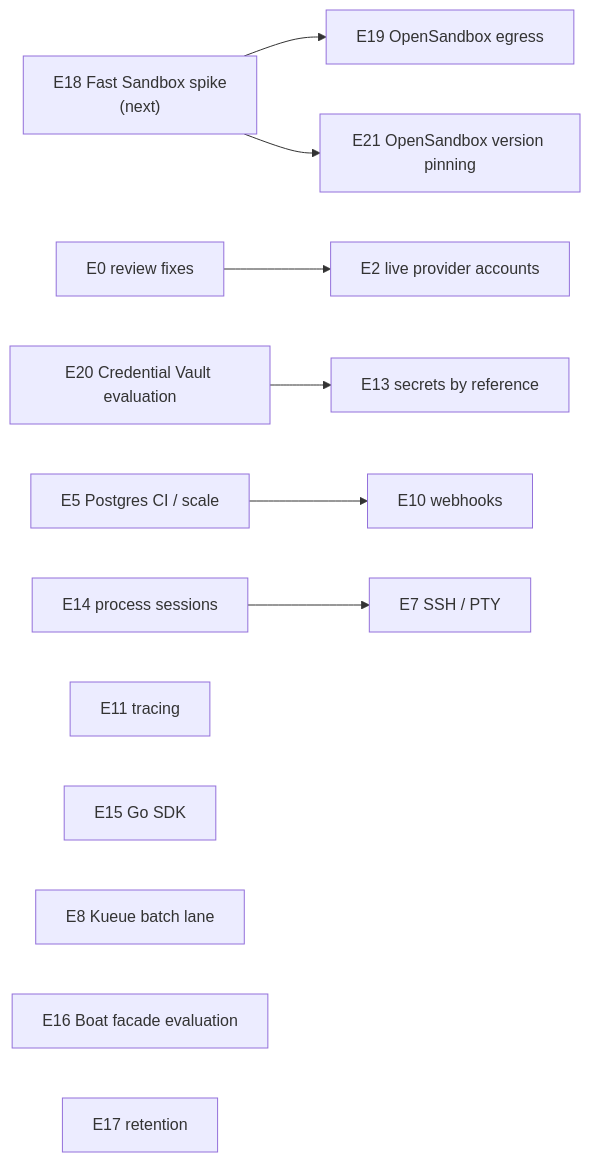
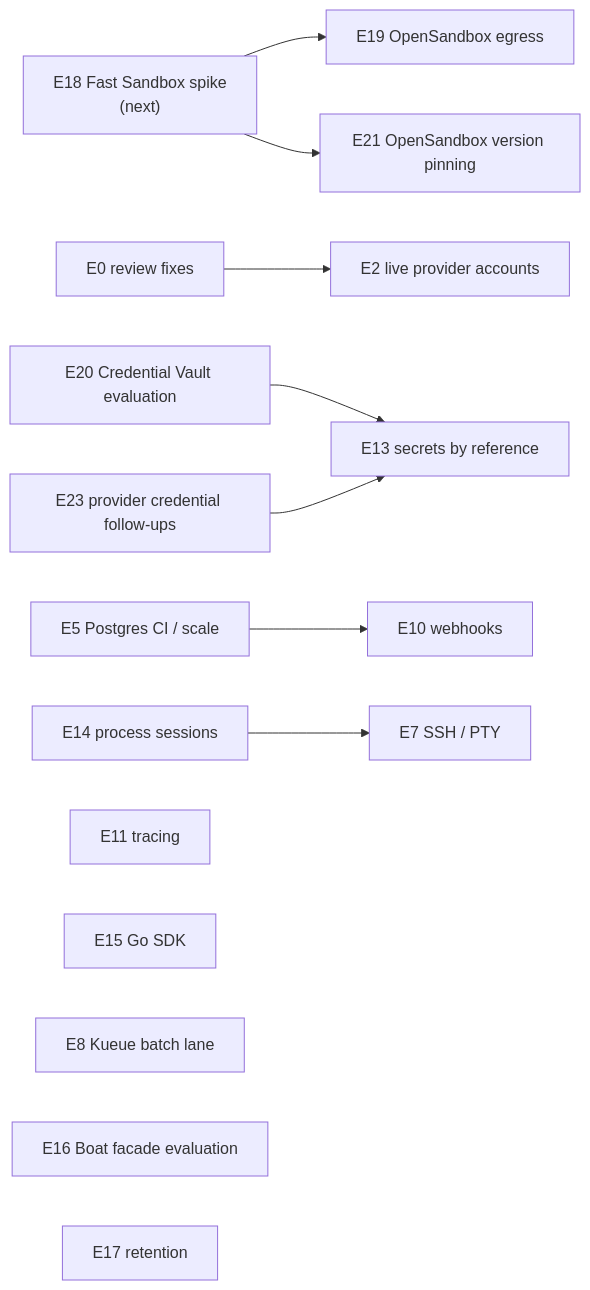
The diagram in docs/backlog.md (different-ai/differently), drawn with Mermaid before and after one commit. The commit also changed other lines of this file and 65 other files, not shown here.

````diff
--- a/docs/backlog.md
+++ b/docs/backlog.md
@@ -13,14 +13,15 @@
 ```mermaid
 flowchart LR
   E18["E18 Fast Sandbox spike<br/>(next)"] --> E19["E19 OpenSandbox egress"]
   E18 --> E21["E21 OpenSandbox version pinning"]
   E0["E0 review fixes"] --> E2["E2 live provider accounts"]
   E20["E20 Credential Vault evaluation"] --> E13["E13 secrets by reference"]
+  E23["E23 provider credential follow-ups"] --> E13
   E5["E5 Postgres CI / scale"] --> E10["E10 webhooks"]
   E14["E14 process sessions"] --> E7["E7 SSH / PTY"]
   E11["E11 tracing"]
   E15["E15 Go SDK"]
   E8["E8 Kueue batch lane"]
   E16["E16 Boat facade evaluation"]
   E17["E17 retention"]
 ```
````
